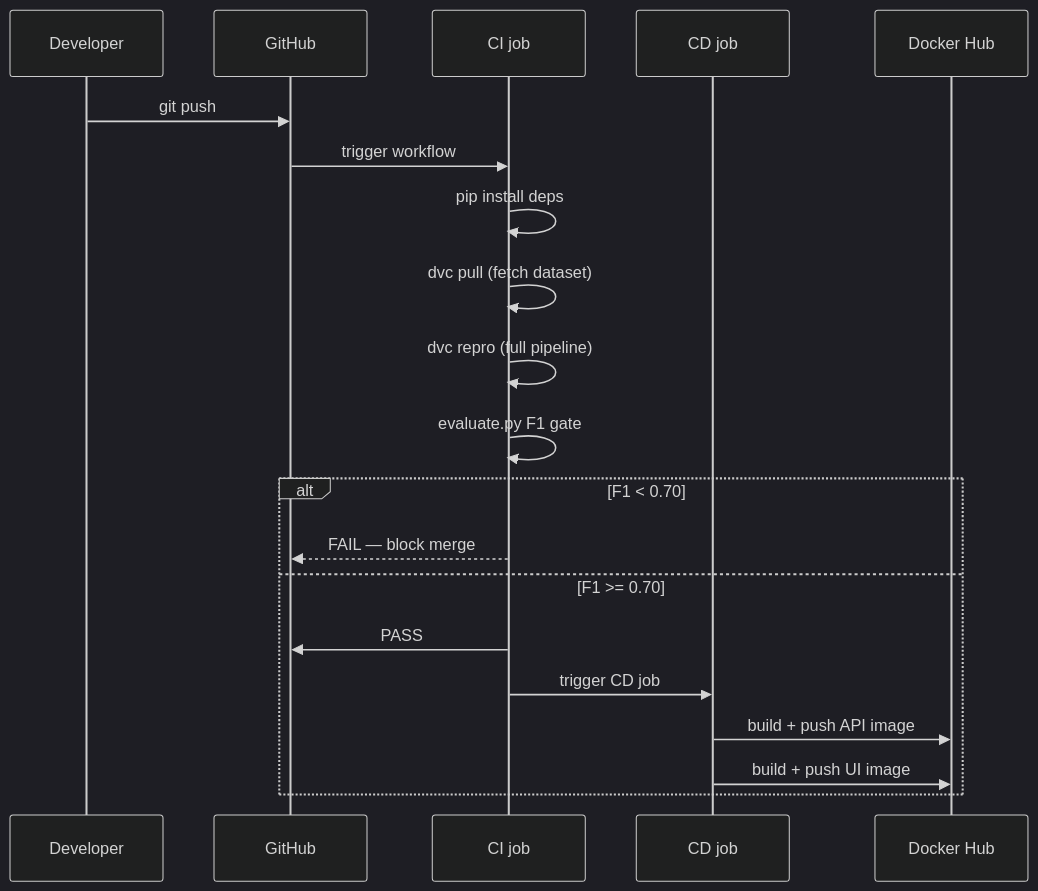
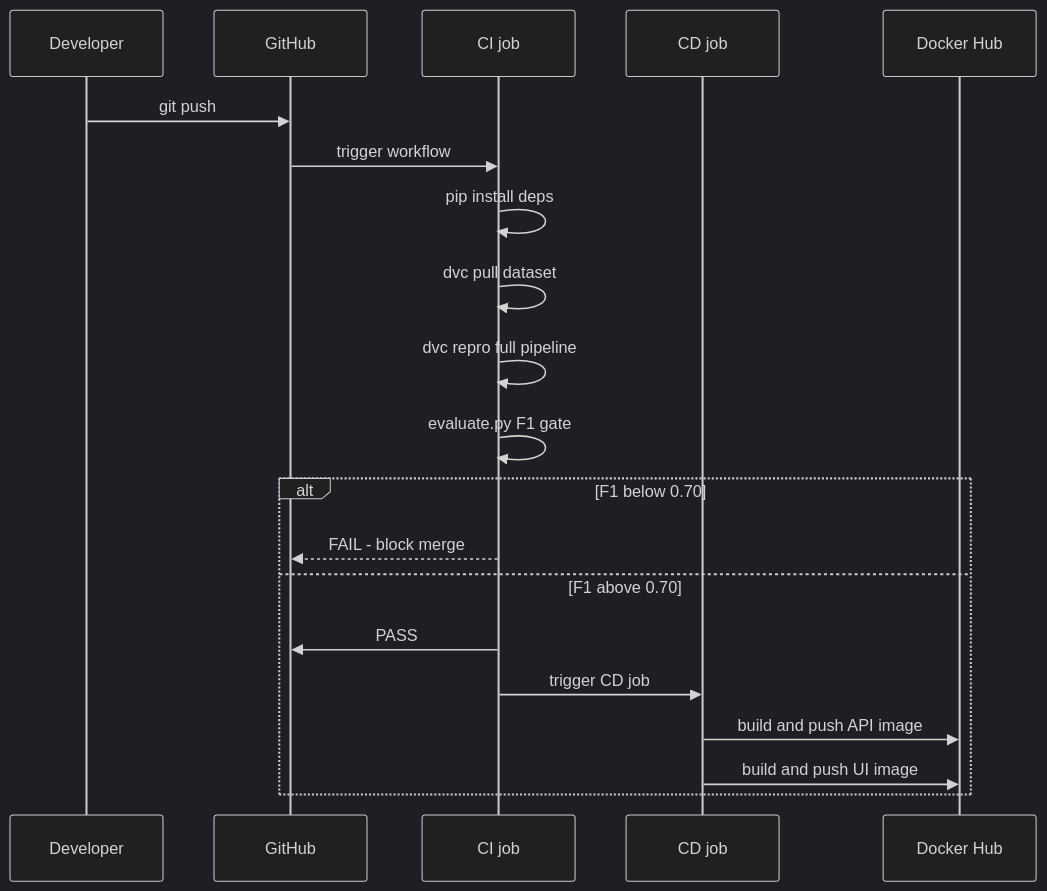
The third of 6 diagrams in README.md (Amith-Ganta/MLOPS-mlflow-DagsHub-DVC-Airflow), drawn with Mermaid (dark theme) before and after one commit. The commit also changed other lines of this file, not shown here.

First line of the commit message:
docs: fix all 6 Mermaid diagrams for GitHub rendering

````diff
--- a/README.md
+++ b/README.md
@@ -112,23 +119,23 @@
 ```mermaid
 sequenceDiagram
     participant DEV as Developer
     participant GH as GitHub
     participant CI as CI job
     participant CD as CD job
     participant DH as Docker Hub
 
     DEV->>GH: git push
     GH->>CI: trigger workflow
     CI->>CI: pip install deps
-    CI->>CI: dvc pull (fetch dataset)
-    CI->>CI: dvc repro (full pipeline)
+    CI->>CI: dvc pull dataset
+    CI->>CI: dvc repro full pipeline
     CI->>CI: evaluate.py F1 gate
-    alt F1 < 0.70
-        CI-->>GH: FAIL — block merge
-    else F1 >= 0.70
+    alt F1 below 0.70
+        CI-->>GH: FAIL - block merge
+    else F1 above 0.70
         CI->>GH: PASS
         CI->>CD: trigger CD job
-        CD->>DH: build + push API image
-        CD->>DH: build + push UI image
+        CD->>DH: build and push API image
+        CD->>DH: build and push UI image
     end
 ```
````
